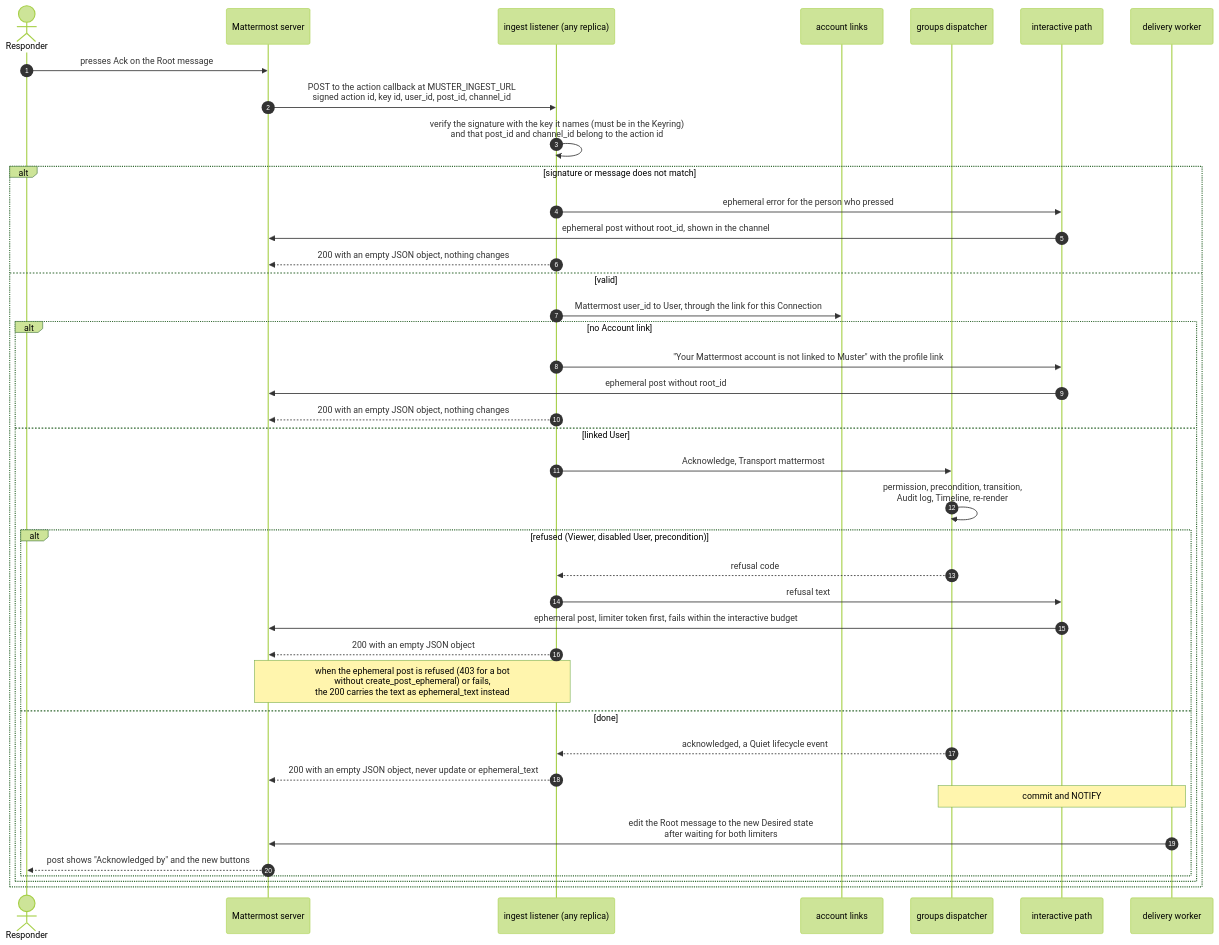
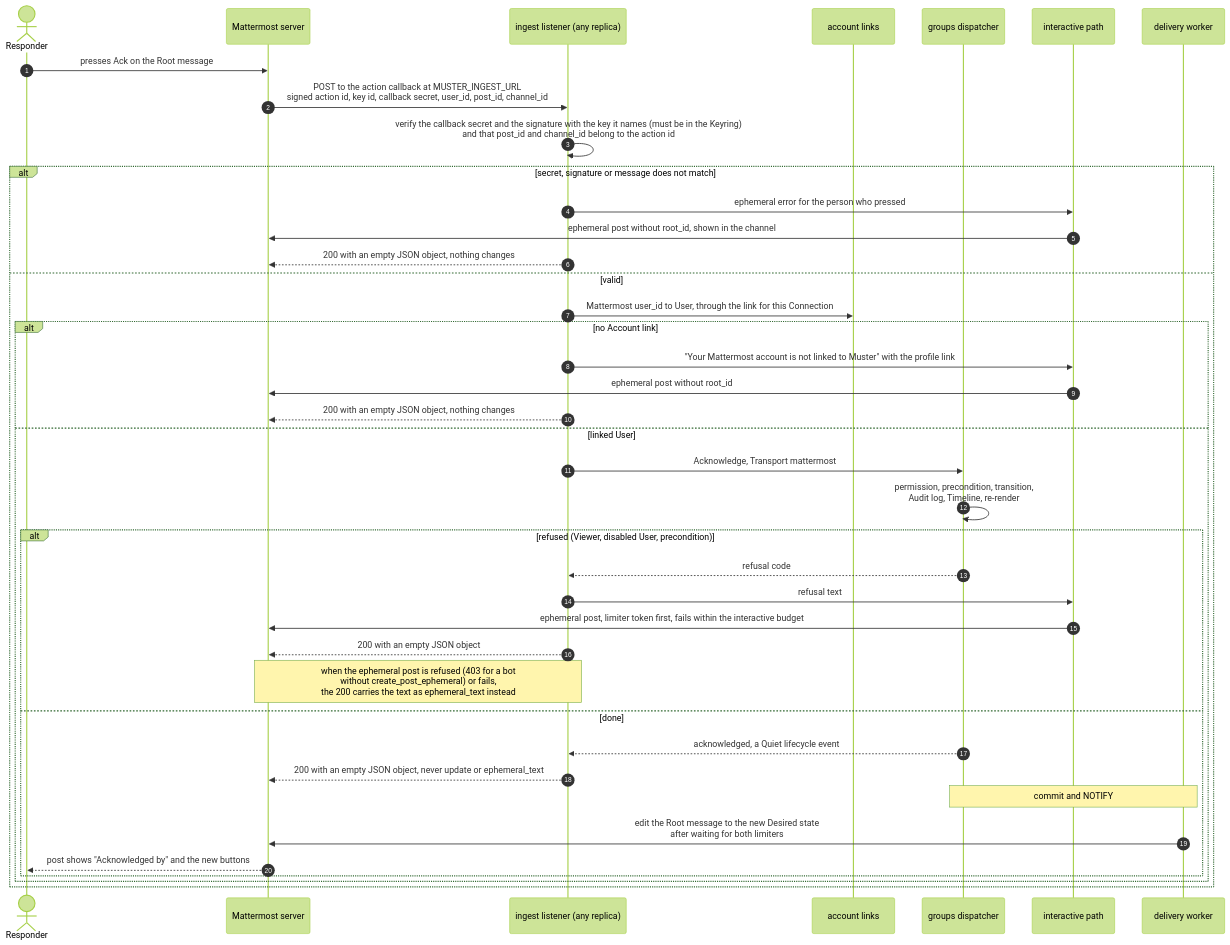
One commit to muster-io/muster changed the eighth of 29 diagrams in design/architecture.md. Above: the diagram before and after it, drawn with Mermaid (forest theme). The commit also changed other lines of this file and 26 other files, not shown here.

````diff
--- a/design/architecture.md
+++ b/design/architecture.md
@@ -519,43 +521,43 @@
 ```mermaid
 sequenceDiagram
     autonumber
     actor U as Responder
     participant MM as Mattermost server
     participant IN as ingest listener (any replica)
     participant AL as account links
     participant GR as groups dispatcher
     participant IP as interactive path
     participant DW as delivery worker
 
     U->>MM: presses Ack on the Root message
-    MM->>IN: POST to the action callback at MUSTER_INGEST_URL<br/>signed action id, key id, user_id, post_id, channel_id
-    IN->>IN: verify the signature with the key it names (must be in the Keyring)<br/>and that post_id and channel_id belong to the action id
-    alt signature or message does not match
+    MM->>IN: POST to the action callback at MUSTER_INGEST_URL<br/>signed action id, key id, callback secret, user_id, post_id, channel_id
+    IN->>IN: verify the callback secret and the signature with the key it names (must be in the Keyring)<br/>and that post_id and channel_id belong to the action id
+    alt secret, signature or message does not match
         IN->>IP: ephemeral error for the person who pressed
         IP->>MM: ephemeral post without root_id, shown in the channel
         IN-->>MM: 200 with an empty JSON object, nothing changes
     else valid
         IN->>AL: Mattermost user_id to User, through the link for this Connection
         alt no Account link
             IN->>IP: "Your Mattermost account is not linked to Muster" with the profile link
             IP->>MM: ephemeral post without root_id
             IN-->>MM: 200 with an empty JSON object, nothing changes
         else linked User
             IN->>GR: Acknowledge, Transport mattermost
             GR->>GR: permission, precondition, transition,<br/>Audit log, Timeline, re-render
             alt refused (Viewer, disabled User, precondition)
                 GR-->>IN: refusal code
                 IN->>IP: refusal text
                 IP->>MM: ephemeral post, limiter token first, fails within the interactive budget
                 IN-->>MM: 200 with an empty JSON object
                 Note over IN,MM: when the ephemeral post is refused (403 for a bot<br/>without create_post_ephemeral) or fails,<br/>the 200 carries the text as ephemeral_text instead
             else done
                 GR-->>IN: acknowledged, a Quiet lifecycle event
                 IN-->>MM: 200 with an empty JSON object, never update or ephemeral_text
                 Note over GR,DW: commit and NOTIFY
                 DW->>MM: edit the Root message to the new Desired state<br/>after waiting for both limiters
                 MM-->>U: post shows "Acknowledged by" and the new buttons
             end
         end
     end
 ```
````
